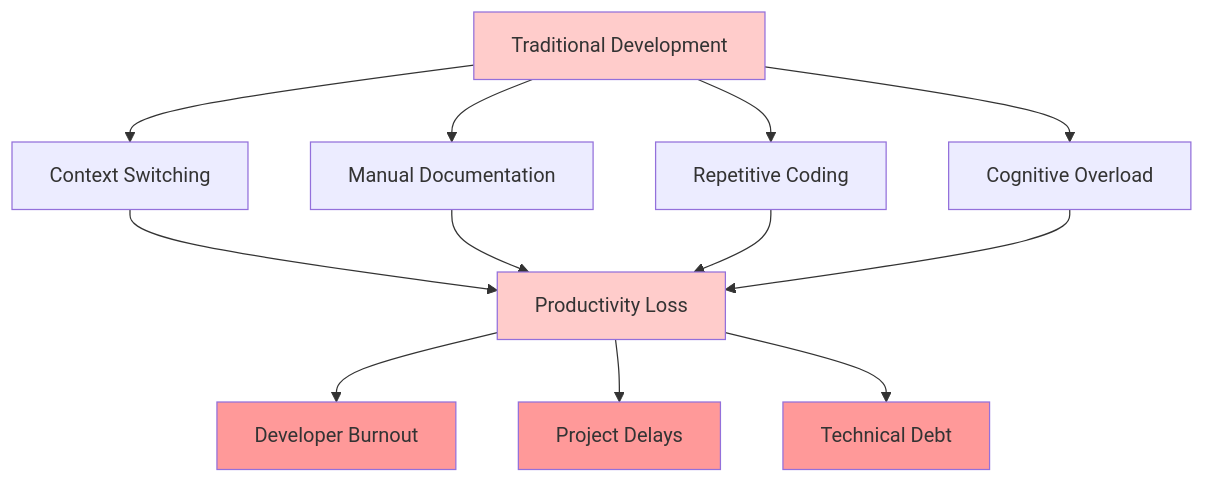
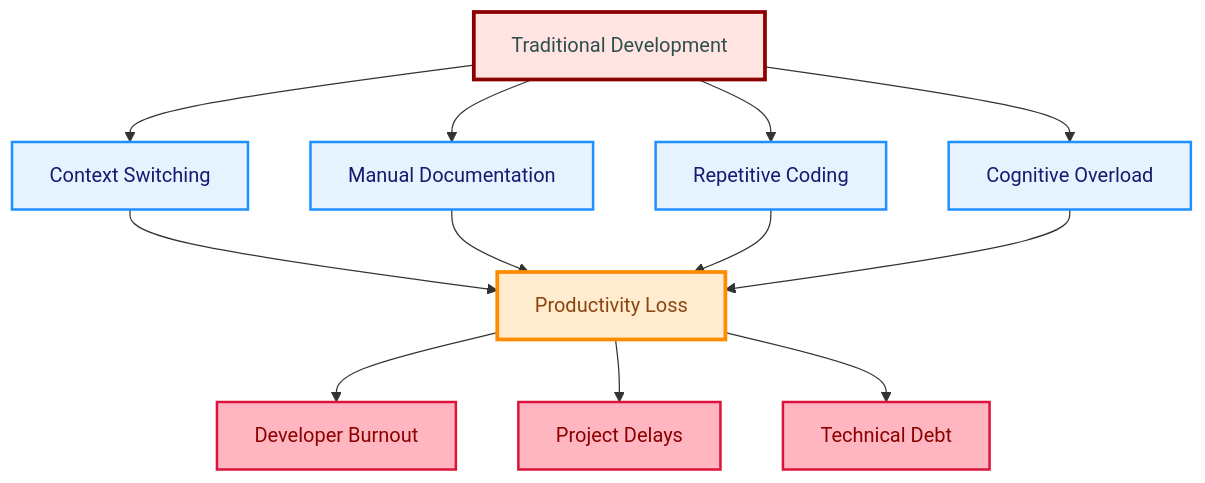
One commit to raphaelmansuy/tutorials changed the first of 13 diagrams in 17_intent_based_dev_vs_code_copilot.md. Above: the diagram before and after it, drawn with Mermaid.

Commit message:
Update diagram styles for improved visual clarity in intent-based development section

````diff
--- a/17_intent_based_dev_vs_code_copilot.md
+++ b/17_intent_based_dev_vs_code_copilot.md
@@ -26,22 +26,26 @@
 ```mermaid
 graph TD
     A[Traditional Development] --> B[Context Switching]
     A --> C[Manual Documentation]
     A --> D[Repetitive Coding]
     A --> E[Cognitive Overload]
     
     B --> F[Productivity Loss]
     C --> F
     D --> F
     E --> F
     
     F --> G[Developer Burnout]
     F --> H[Project Delays]
     F --> I[Technical Debt]
     
-    style A fill:#ffcccb
-    style F fill:#ffcccb
-    style G fill:#ff9999
-    style H fill:#ff9999
-    style I fill:#ff9999
+    style A fill:#FFE4E1,stroke:#8B0000,stroke-width:3px,color:#2F4F4F
+    style B fill:#E6F3FF,stroke:#1E90FF,stroke-width:2px,color:#191970
+    style C fill:#E6F3FF,stroke:#1E90FF,stroke-width:2px,color:#191970
+    style D fill:#E6F3FF,stroke:#1E90FF,stroke-width:2px,color:#191970
+    style E fill:#E6F3FF,stroke:#1E90FF,stroke-width:2px,color:#191970
+    style F fill:#FFEBCD,stroke:#FF8C00,stroke-width:3px,color:#8B4513
+    style G fill:#FFB6C1,stroke:#DC143C,stroke-width:2px,color:#8B0000
+    style H fill:#FFB6C1,stroke:#DC143C,stroke-width:2px,color:#8B0000
+    style I fill:#FFB6C1,stroke:#DC143C,stroke-width:2px,color:#8B0000
 ```
````
